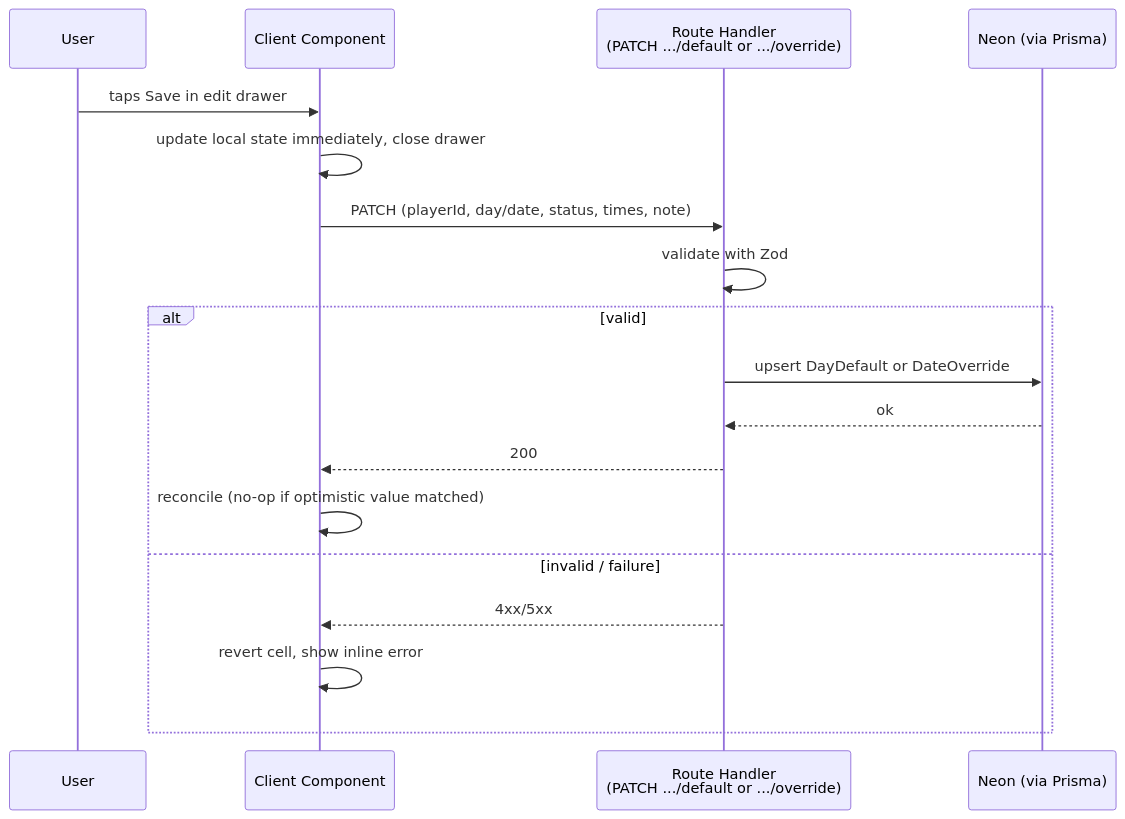
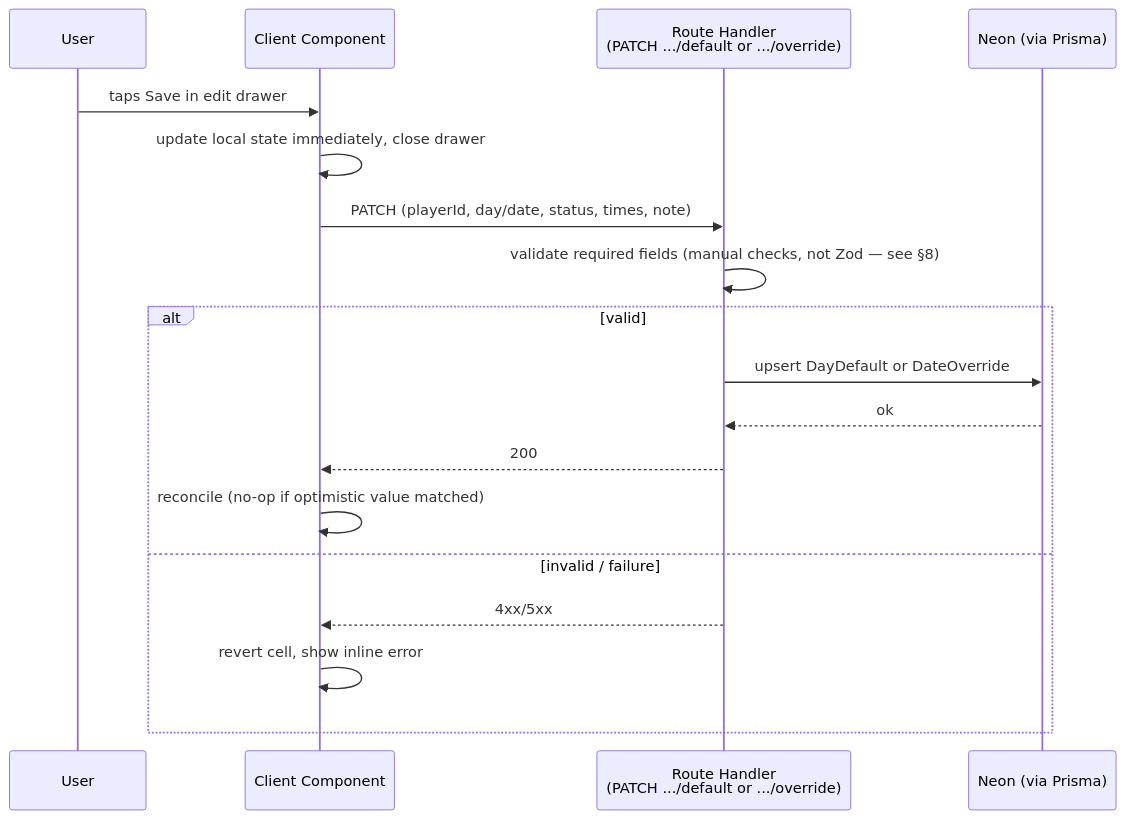
The sixth of 11 diagrams in context/practiceRuns-Architecture.md (tmdbah/practice-runs), drawn with Mermaid before and after one commit. The commit also changed other lines of this file and 3 other files, not shown here.

````diff
--- a/context/practiceRuns-Architecture.md
+++ b/context/practiceRuns-Architecture.md
@@ -211,21 +212,21 @@
 ```mermaid
 sequenceDiagram
     participant User
     participant Cell as Client Component
     participant API as Route Handler<br/>(PATCH .../default or .../override)
     participant DB as Neon (via Prisma)
 
     User->>Cell: taps Save in edit drawer
     Cell->>Cell: update local state immediately, close drawer
     Cell->>API: PATCH (playerId, day/date, status, times, note)
-    API->>API: validate with Zod
+    API->>API: validate required fields (manual checks, not Zod — see §8)
     alt valid
         API->>DB: upsert DayDefault or DateOverride
         DB-->>API: ok
         API-->>Cell: 200
         Cell->>Cell: reconcile (no-op if optimistic value matched)
     else invalid / failure
         API-->>Cell: 4xx/5xx
         Cell->>Cell: revert cell, show inline error
     end
 ```
````
